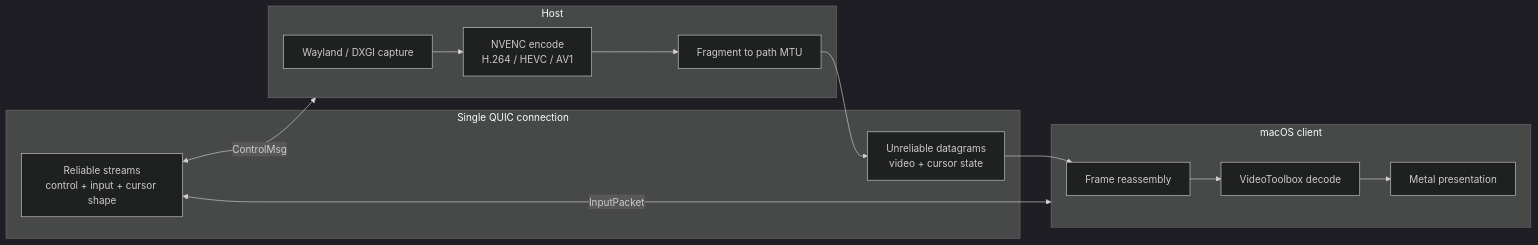
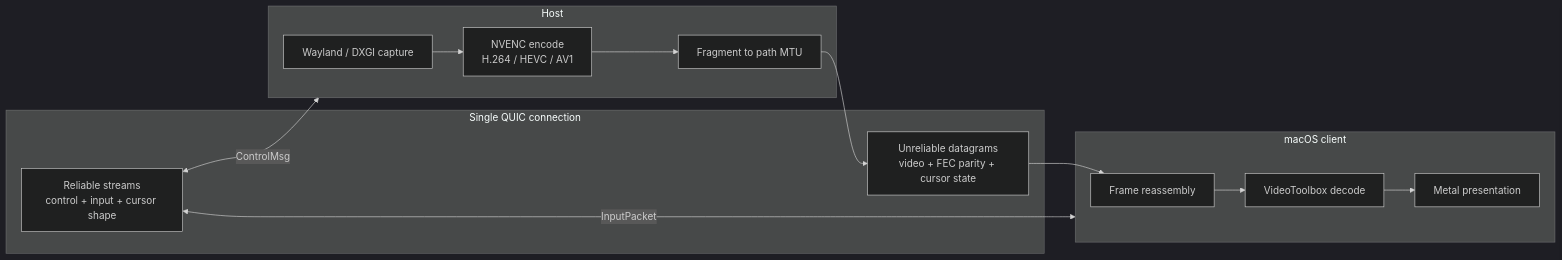
Before and after one commit to puukis/streamd: the diagram in README.md, drawn with Mermaid (dark theme). The commit also changed other lines of this file and 15 other files, not shown here.

````diff
--- a/README.md
+++ b/README.md
@@ -169,25 +169,25 @@
 ```mermaid
 flowchart LR
     subgraph Server["Host"]
         C["Wayland / DXGI capture"]
         E["NVENC encode\nH.264 / HEVC / AV1"]
         F["Fragment to path MTU"]
         C --> E --> F
     end
 
     subgraph QUIC["Single QUIC connection"]
-        D["Unreliable datagrams\nvideo + cursor state"]
+        D["Unreliable datagrams\nvideo + FEC parity + cursor state"]
         R["Reliable streams\ncontrol + input + cursor shape"]
     end
 
     subgraph Client["macOS client"]
         A["Frame reassembly"]
         VT["VideoToolbox decode"]
         M["Metal presentation"]
         A --> VT --> M
     end
 
     F --> D --> A
     R <-->|ControlMsg| Server
     R <-->|InputPacket| Client
 ```
````
